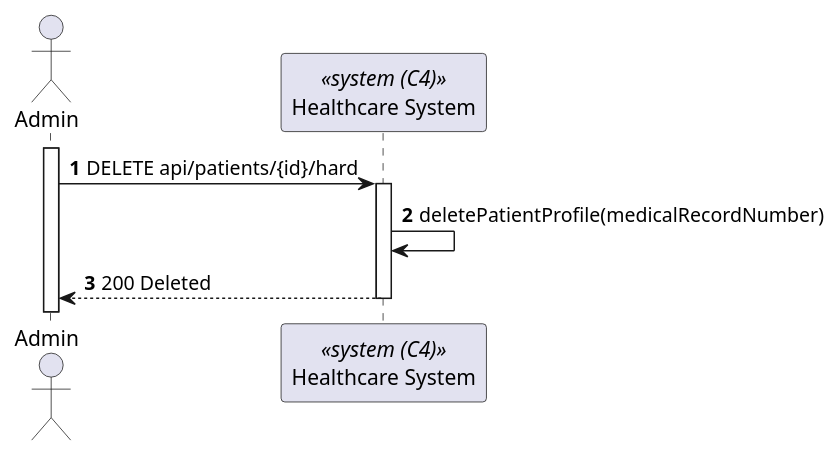
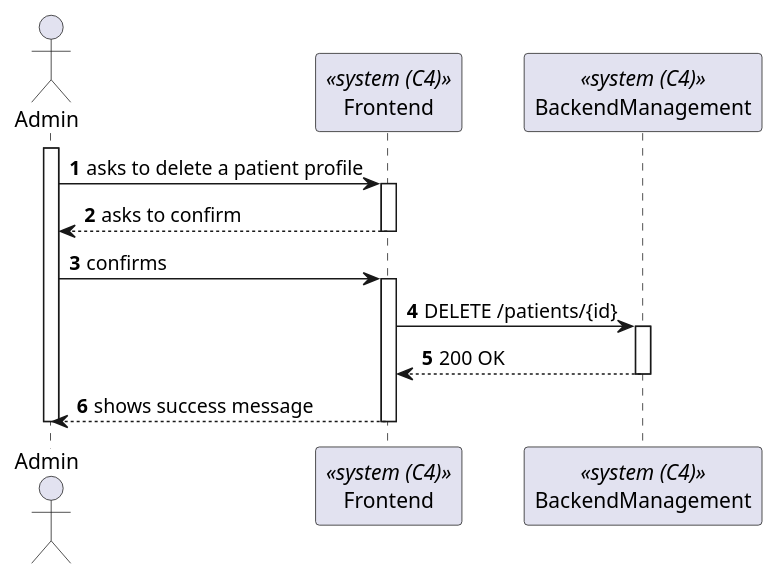
The diagram in docs/sprintB/PatientProfileDelete/views/level2/process_view.puml (Lapr5G21/sem5pi-24-25-3ddg21), drawn with PlantUML before and after one commit. The commit also changed 10 other files, not shown here.

Commit message:
patient profile delete - sprint b docs

```diff
--- a/docs/sprintB/PatientProfileDelete/views/level2/process_view.puml
+++ b/docs/sprintB/PatientProfileDelete/views/level2/process_view.puml
@@ -1,16 +1,31 @@
 @startuml PatientProfileDelete(level2)
 
 autonumber
-actor Admin as "Admin"
-participant SYS as "Healthcare System" <<system (C4)>>
+
+actor "Admin" as Admin
+participant Frontend as "Frontend" <<system (C4)>>
+participant BackendManagement as "BackendManagement" <<system (C4)>>
 
 activate Admin
+    
+    Admin -> Frontend : asks to delete a patient profile
+    activate Frontend
 
-Admin-> SYS : DELETE api/patients/{id}/hard
-activate SYS
+    Frontend --> Admin : asks to confirm
+    deactivate Frontend
 
-SYS -> SYS : deletePatientProfile(medicalRecordNumber)
-SYS--> Admin : 200 Deleted
-deactivate SYS
+    Admin -> Frontend : confirms
+    activate Frontend
+
+        Frontend-> BackendManagement : DELETE /patients/{id}
+        activate BackendManagement
+
+        Frontend <-- BackendManagement : 200 OK
+        deactivate BackendManagement
+
+    Frontend --> Admin : shows success message
+    deactivate Frontend
+    
+deactivate Admin
 
 @enduml
```
